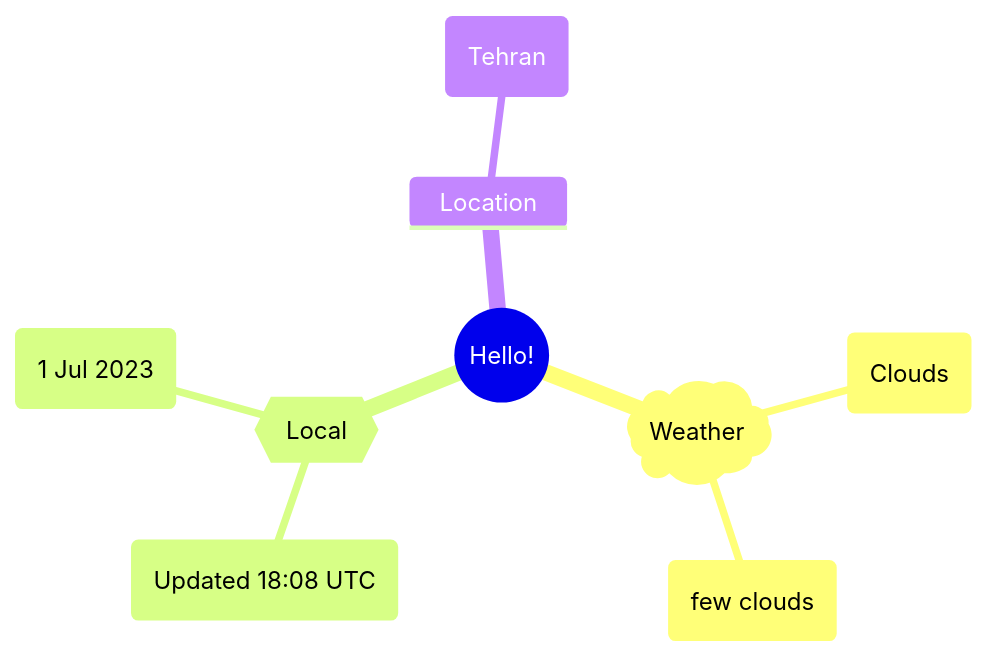
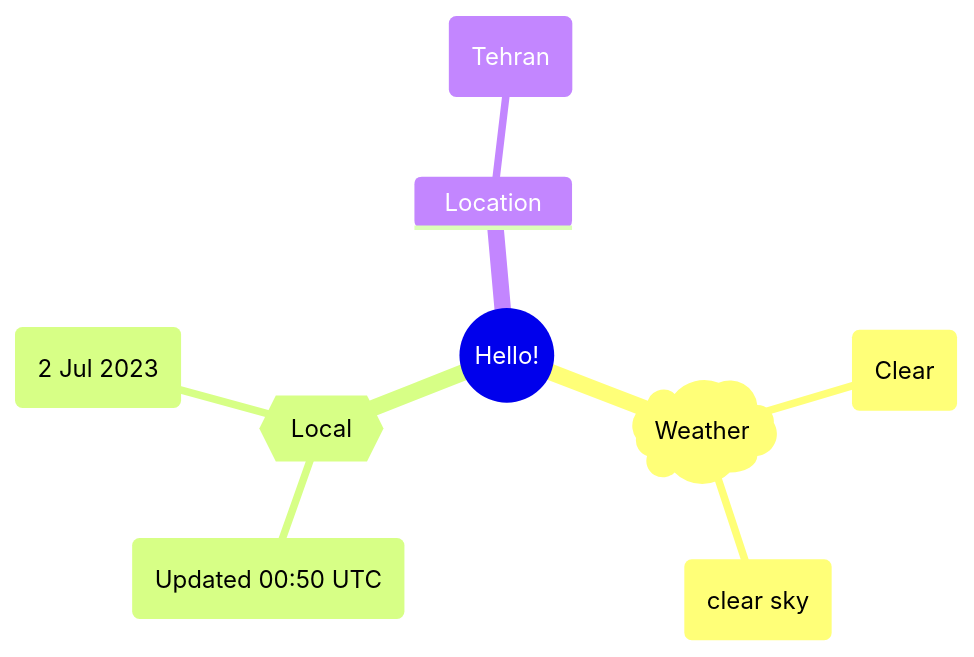
Before and after one commit to Xosrov/Xosrov: the first of 2 diagrams in README.md, drawn with Mermaid.

Commit message:
[bot] updated images

````diff
--- a/README.md
+++ b/README.md
@@ -3,12 +3,12 @@
 ```mermaid
 mindmap
   root((Hello!))
     )Weather(
-        (Clouds)
-        (few clouds)
+        (Clear)
+        (clear sky)
     {{Local}}
-        (Updated 18:08 UTC)
-        (1 Jul 2023)
+        (Updated 00:50 UTC)
+        (2 Jul 2023)
     Location
         (Tehran)
 ```
````
